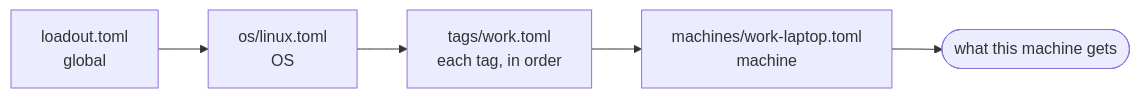
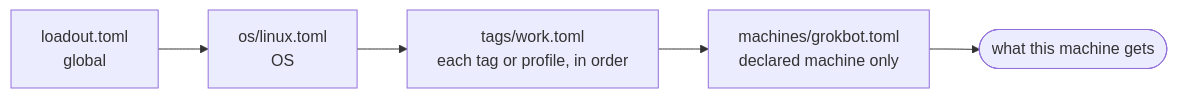
The diagram in docs/loadout-format.md (dan-myles/loadout), drawn with Mermaid before and after one commit. The commit also changed other lines of this file and 14 other files, not shown here.

First line of the commit message:
docs: lead with profiles chosen on the machine; [machines] is optional

````diff
--- a/docs/loadout-format.md
+++ b/docs/loadout-format.md
@@ -112,4 +149,4 @@
 ```mermaid
 flowchart LR
-  G["loadout.toml<br/>global"] --> O["os/linux.toml<br/>OS"] --> T["tags/work.toml<br/>each tag, in order"] --> M["machines/work-laptop.toml<br/>machine"] --> R(["what this machine gets"])
+  G["loadout.toml<br/>global"] --> O["os/linux.toml<br/>OS"] --> T["tags/work.toml<br/>each tag or profile, in order"] --> M["machines/grokbot.toml<br/>declared machine only"] --> R(["what this machine gets"])
 ```
````
